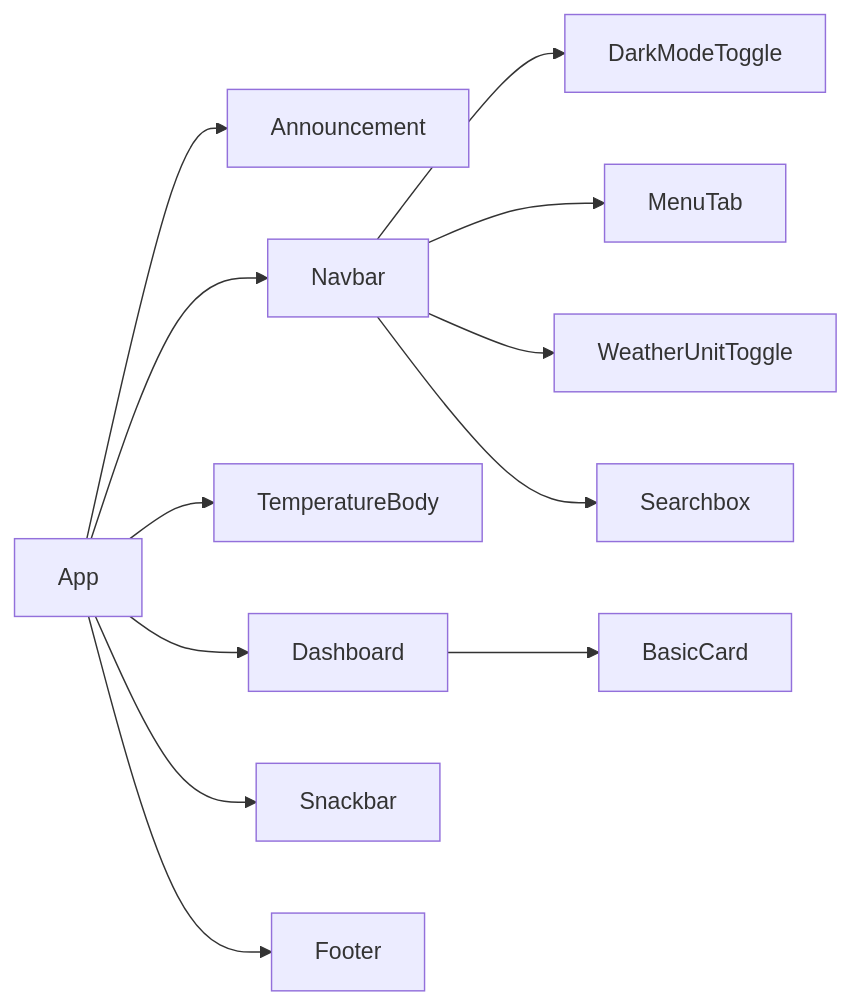
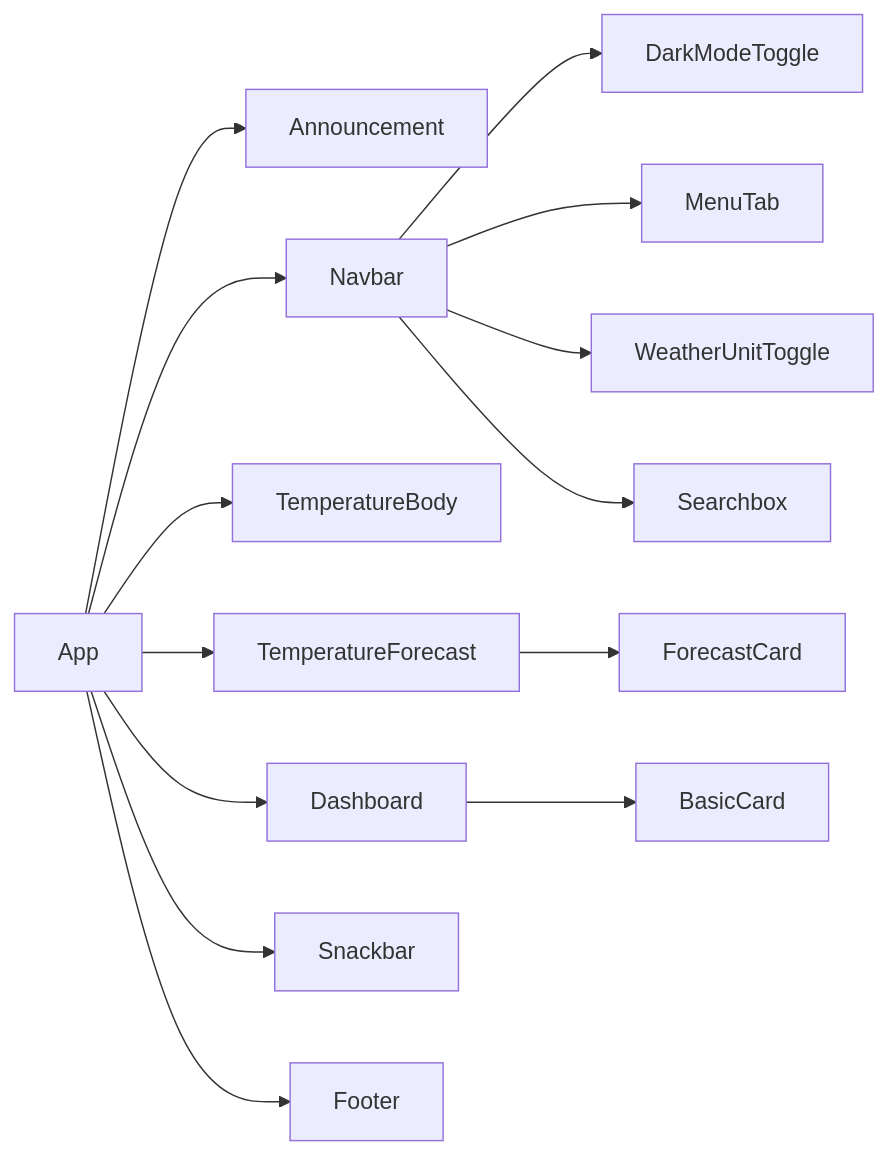
The diagram in README.md (sagelga/react-weather-app), drawn with Mermaid before and after one commit. The commit also changed other lines of this file and 2 other files, not shown here.

````diff
--- a/README.md
+++ b/README.md
@@ -36,15 +38,17 @@
 ```mermaid
 graph LR
     App --> Announcement
     App --> Navbar
     Navbar --> DarkModeToggle
     Navbar --> MenuTab
     Navbar --> WeatherUnitToggle
     Navbar --> Searchbox
     App --> TemperatureBody
+    App --> TemperatureForecast
+    TemperatureForecast --> ForecastCard
     App --> Dashboard
     Dashboard --> BasicCard
     App --> Snackbar
     App --> Footer
 
 ```
````
